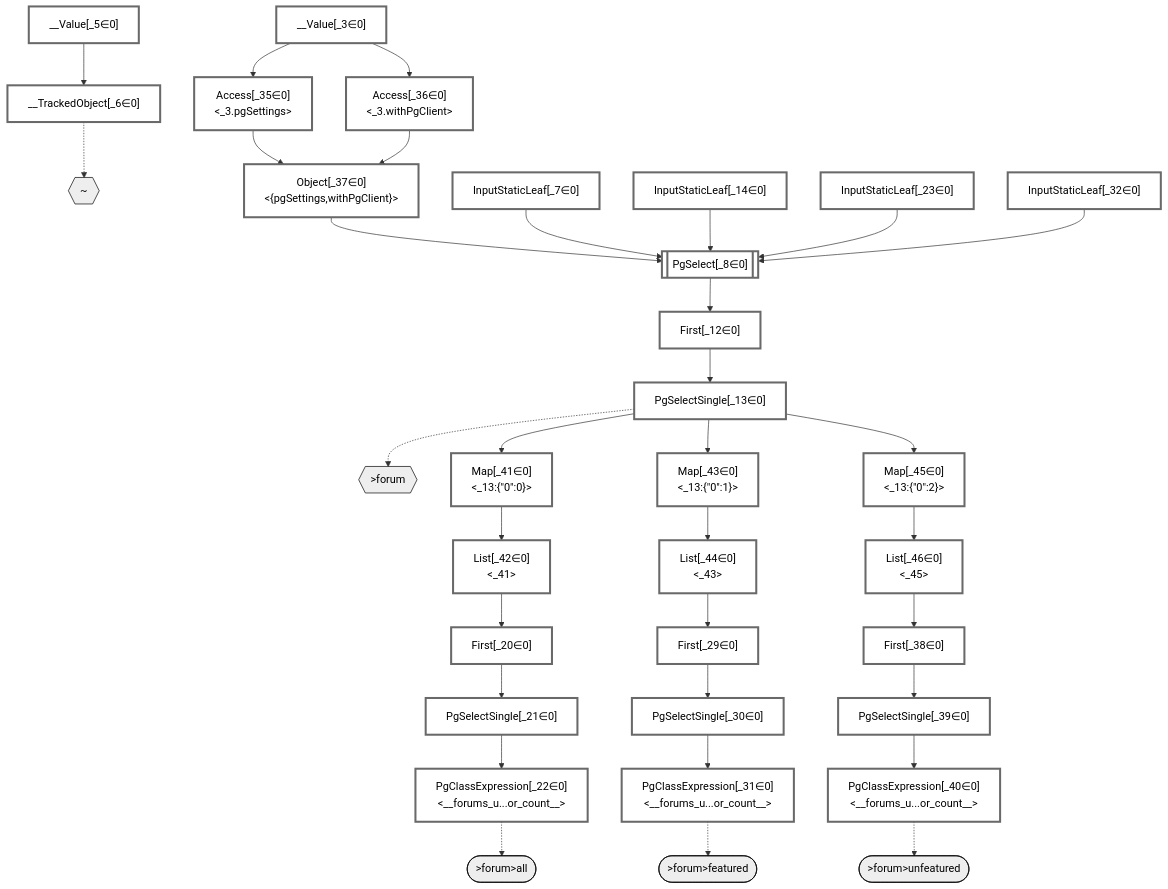
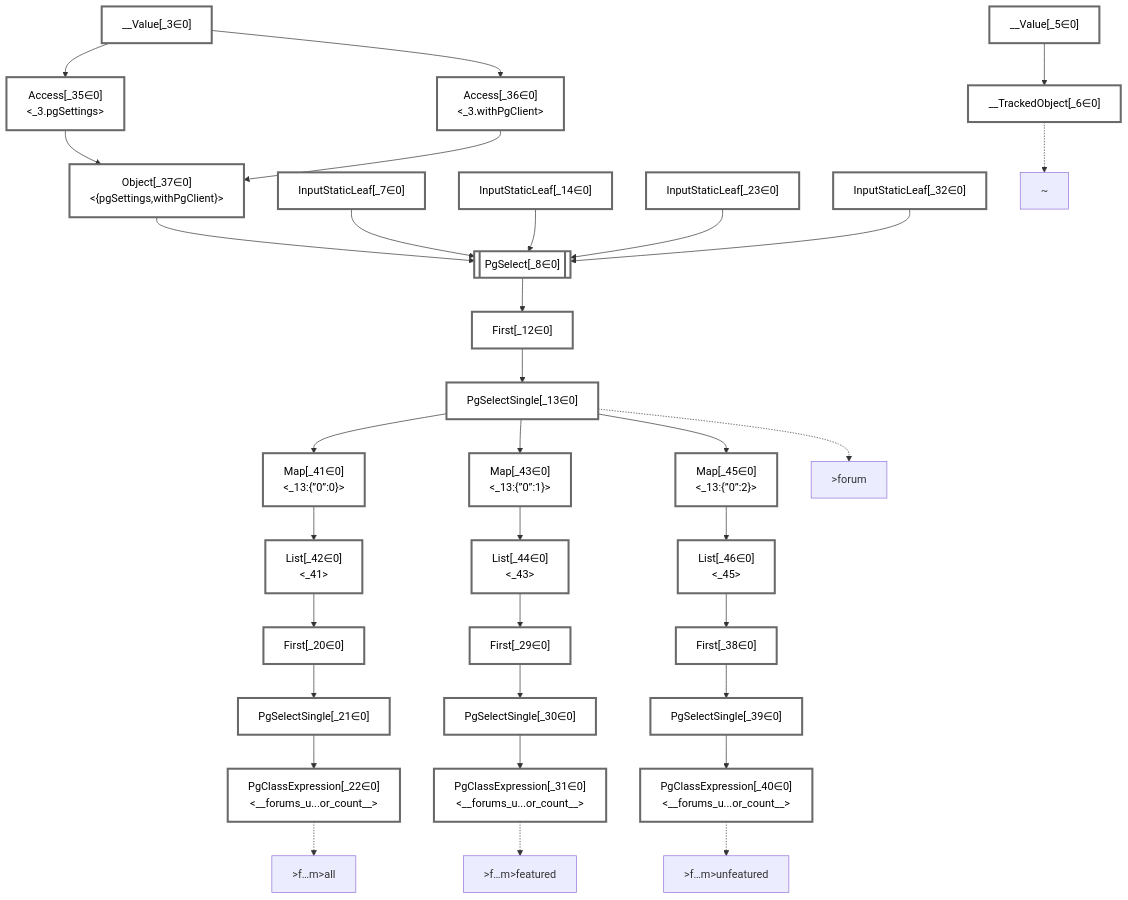
The diagram in packages/dataplan-pg/__tests__/queries/functions/computed-column-scalar.deopt.mermaid.md (graphile/crystal), drawn with Mermaid before and after one commit. The commit also changed 195 other files, not shown here.

```diff
--- a/packages/dataplan-pg/__tests__/queries/functions/computed-column-scalar.deopt.mermaid.md
+++ b/packages/dataplan-pg/__tests__/queries/functions/computed-column-scalar.deopt.mermaid.md
@@ -6,17 +6,6 @@
     classDef sideeffectplan fill:#f00,stroke-width:6px,color:#000
     classDef bucket fill:#f6f6f6,color:#000,stroke-width:6px
 
-    %% subgraph fields
-    P1{{"~"}}:::path
-    P2{{">forum"}}:::path
-    P3([">forum>all"]):::path
-    %% P2 -.-> P3
-    P4([">forum>featured"]):::path
-    %% P2 -.-> P4
-    P5([">forum>unfeatured"]):::path
-    %% P2 -.-> P5
-    %% P1 -.-> P2
-    %% end
 
     %% define plans
     __Value_3["__Value[_3∈0]<br /><context>"]:::plan
@@ -41,11 +30,11 @@
     First_38["First[_38∈0]"]:::plan
     PgSelectSingle_39["PgSelectSingle[_39∈0]<br /><forums_unique_author_count>"]:::plan
     PgClassExpression_40["PgClassExpression[_40∈0]<br /><__forums_u...or_count__>"]:::plan
-    Map_41["Map[_41∈0]<br /><_13:{#quot;0#quot;:0}>"]:::plan
+    Map_41["Map[_41∈0]<br /><_13:{”0”:0}>"]:::plan
     List_42["List[_42∈0]<br /><_41>"]:::plan
-    Map_43["Map[_43∈0]<br /><_13:{#quot;0#quot;:1}>"]:::plan
+    Map_43["Map[_43∈0]<br /><_13:{”0”:1}>"]:::plan
     List_44["List[_44∈0]<br /><_43>"]:::plan
-    Map_45["Map[_45∈0]<br /><_13:{#quot;0#quot;:2}>"]:::plan
+    Map_45["Map[_45∈0]<br /><_13:{”0”:2}>"]:::plan
     List_46["List[_46∈0]<br /><_45>"]:::plan
 
     %% plan dependencies
@@ -78,10 +67,15 @@
     Map_45 --> List_46
 
     %% plan-to-path relationships
+    P1["~"]
     __TrackedObject_6 -.-> P1
+    P2[">forum"]
     PgSelectSingle_13 -.-> P2
+    P3[">f…m>all"]
     PgClassExpression_22 -.-> P3
+    P4[">f…m>featured"]
     PgClassExpression_31 -.-> P4
+    P5[">f…m>unfeatured"]
     PgClassExpression_40 -.-> P5
 
     %% allocate buckets
```
